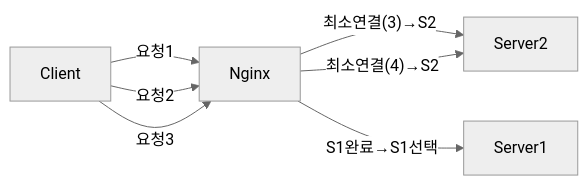
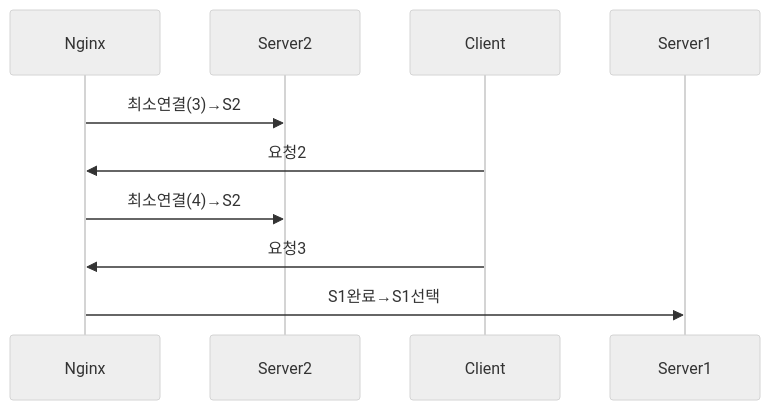
The tenth of 18 diagrams in _posts/server/2026-05-01-nginx.md (yjkim2015/yjkim2015.github.io), drawn with Mermaid (neutral theme) before and after one commit. The commit also changed other lines of this file and 89 other files, not shown here.

First line of the commit message:
복잡한 flowchart 163개 → sequenceDiagram 변환 (90파일)

````diff
--- a/_posts/server/2026-05-01-nginx.md
+++ b/_posts/server/2026-05-01-nginx.md
@@ -361,9 +355,8 @@
 ```mermaid
-graph LR
-    C["Client"] -->|"요청1"| N["Nginx"]
-    N -->|"최소연결(3)→S2"| S2["Server2"]
-    C -->|"요청2"| N
-    N -->|"최소연결(4)→S2"| S2
-    C -->|"요청3"| N
-    N -->|"S1완료→S1선택"| S1["Server1"]
+sequenceDiagram
+    Nginx->>Server2: 최소연결(3)→S2
+    Client->>Nginx: 요청2
+    Nginx->>Server2: 최소연결(4)→S2
+    Client->>Nginx: 요청3
+    Nginx->>Server1: S1완료→S1선택
 ```
````
